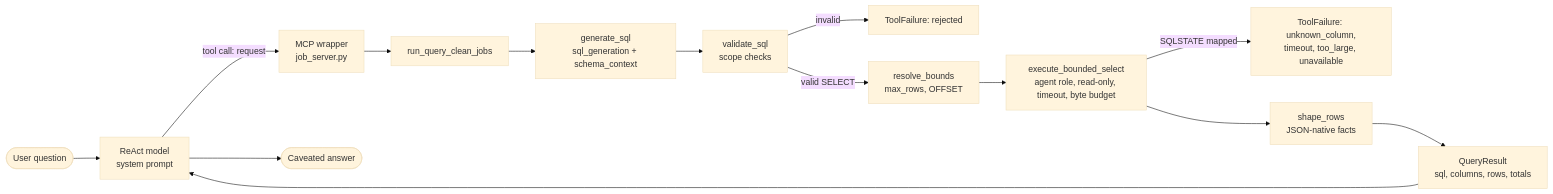
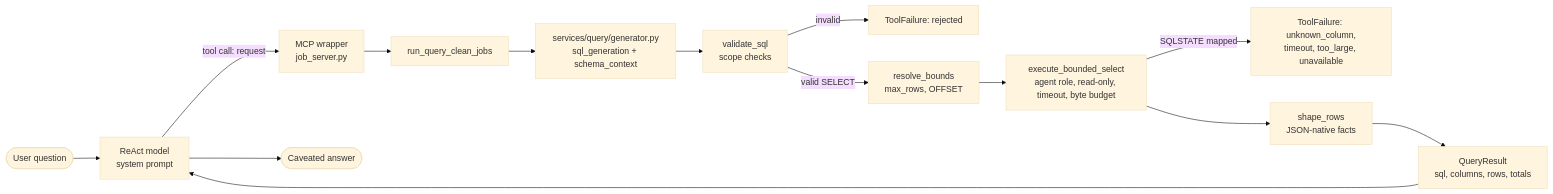
One commit to Park-Hip/InternHunterAgent changed the diagram in docs/modules/tools-and-query.md. Above: the diagram before and after it, drawn with Mermaid (base theme). The commit also changed other lines of this file and 11 other files, not shown here.

Commit message:
refactor(query): generate SQL in the query service behind an injected model (Closes #746) (#753)

````diff
--- a/docs/modules/tools-and-query.md
+++ b/docs/modules/tools-and-query.md
@@ -38,16 +38,16 @@
 ```mermaid
 flowchart LR
     U(["User question"]) --> R["ReAct model<br/>system prompt"]
     R -->|"tool call: request"| M["MCP wrapper<br/>job_server.py"]
     M --> Q["run_query_clean_jobs"]
-    Q --> G["generate_sql<br/>sql_generation + schema_context"]
+    Q --> G["services/query/generator.py<br/>sql_generation + schema_context"]
     G --> V["validate_sql<br/>scope checks"]
     V -->|"invalid"| F["ToolFailure: rejected"]
     V -->|"valid SELECT"| B["resolve_bounds<br/>max_rows, OFFSET"]
     B --> E["execute_bounded_select<br/>agent role, read-only, timeout, byte budget"]
     E -->|"SQLSTATE mapped"| F2["ToolFailure: unknown_column,<br/>timeout, too_large, unavailable"]
     E --> S["shape_rows<br/>JSON-native facts"]
     S --> T["QueryResult<br/>sql, columns, rows, totals"]
     T --> R
     R --> A(["Caveated answer"])
 ```
````
